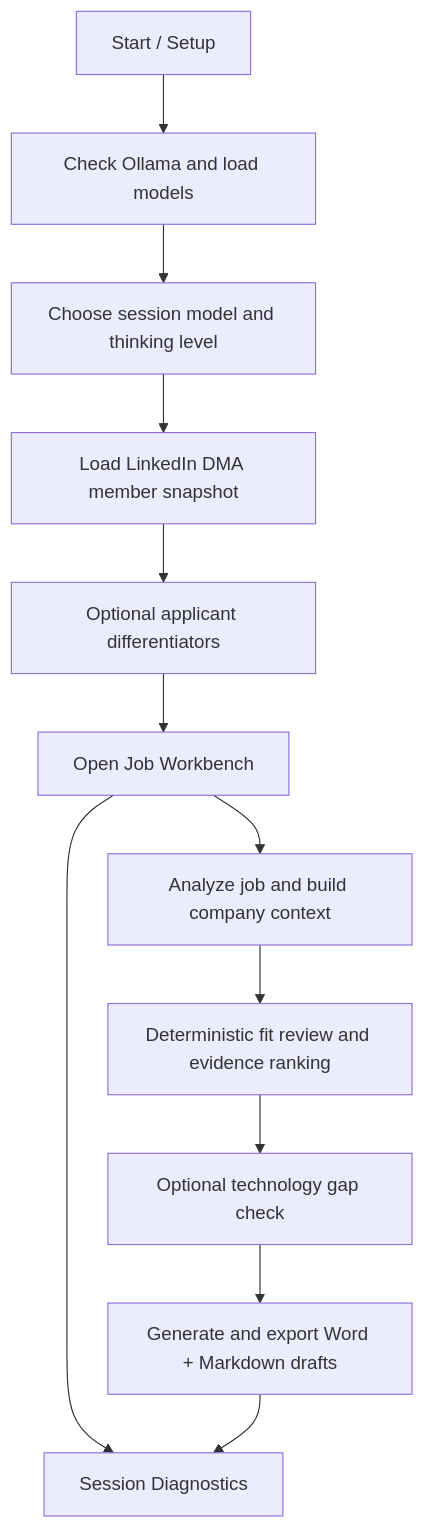
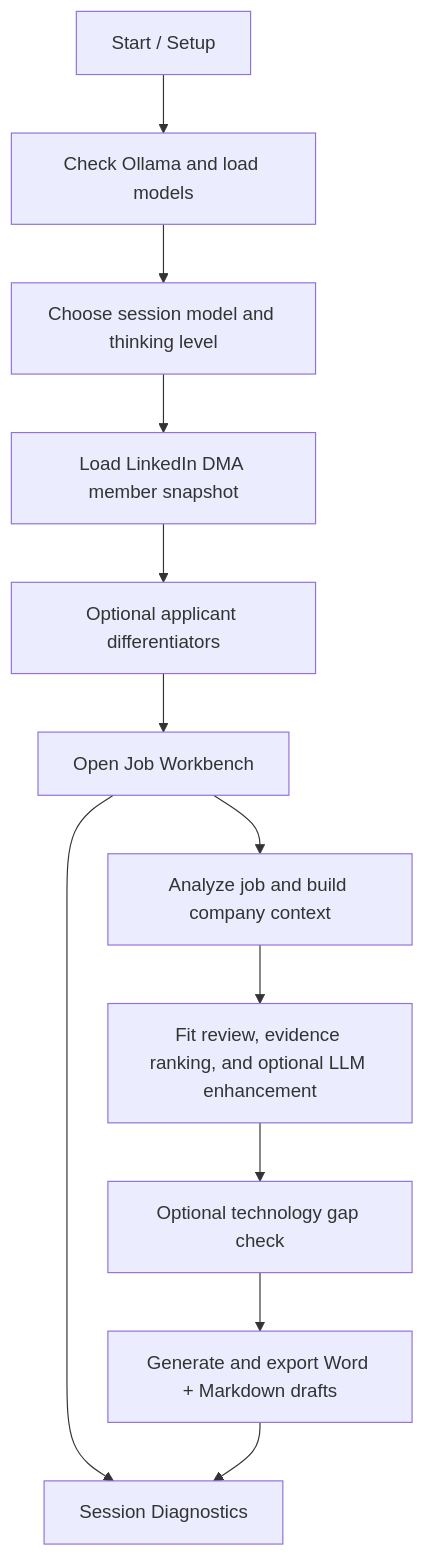
Before and after one commit to hennie42/li-jobber: the diagram in README.md, drawn with Mermaid. The commit also changed other lines of this file and 22 other files, not shown here.

````diff
--- a/README.md
+++ b/README.md
@@ -40,14 +42,14 @@
 ```mermaid
 graph TD
     A[Start / Setup] --> B[Check Ollama and load models]
     B --> C[Choose session model and thinking level]
     C --> D[Load LinkedIn DMA member snapshot]
     D --> E[Optional applicant differentiators]
     E --> F[Open Job Workbench]
     F --> G[Analyze job and build company context]
-    G --> H[Deterministic fit review and evidence ranking]
+    G --> H[Fit review, evidence ranking, and optional LLM enhancement]
     H --> I[Optional technology gap check]
     I --> J[Generate and export Word + Markdown drafts]
     F --> K[Session Diagnostics]
     J --> K
 ```
````
